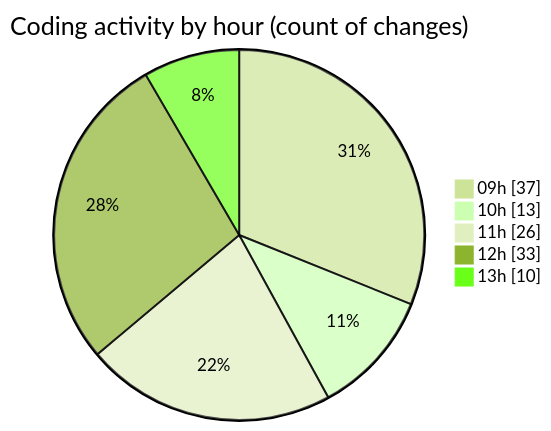
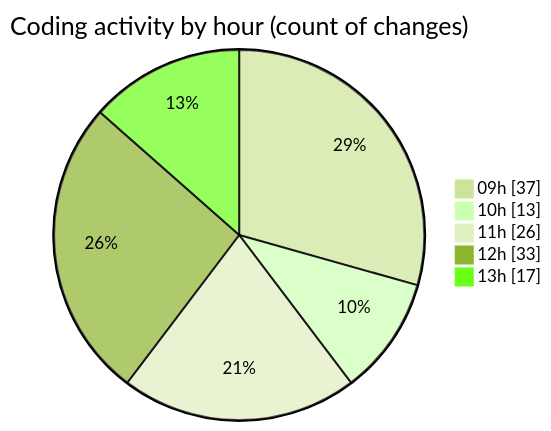
The second of 2 diagrams in 2026-04-23/cda/README.md (momahboobian/code-tracking), drawn with Mermaid (forest theme) before and after one commit. The commit also changed other lines of this file and 1 other file, not shown here.

````diff
--- a/2026-04-23/cda/README.md
+++ b/2026-04-23/cda/README.md
@@ -52,9 +52,9 @@
 ```mermaid
 pie showData
 title Coding activity by hour (count of changes)
 "09h" : 37
 "10h" : 13
 "11h" : 26
 "12h" : 33
-"13h" : 10
+"13h" : 17
 ```
````
